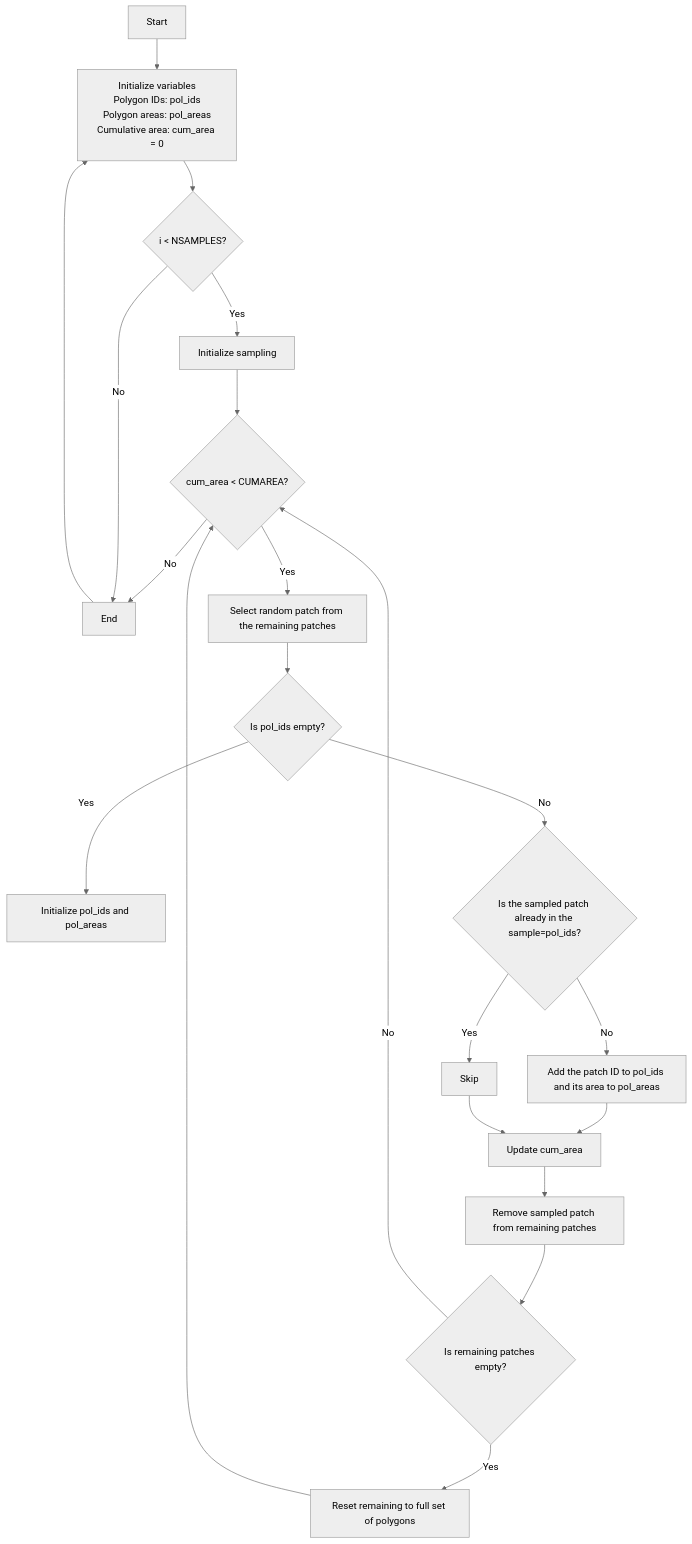
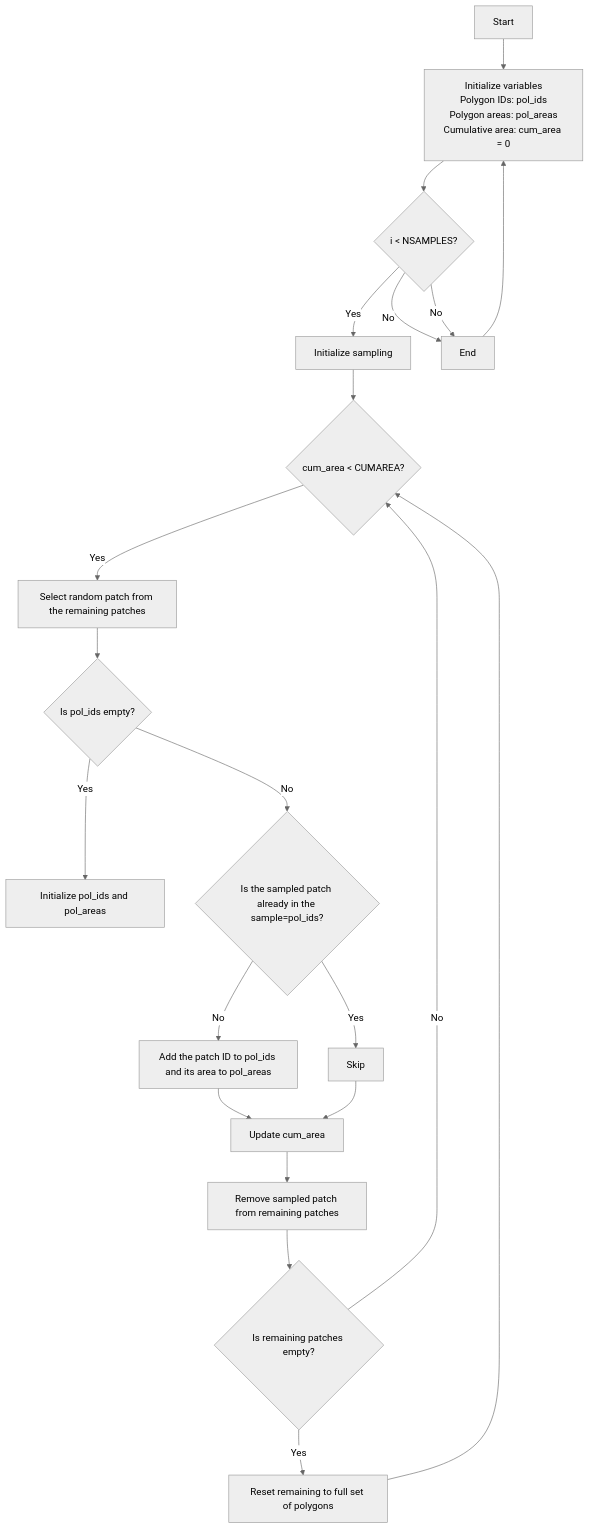
Before and after one commit to ManuelPopp/ZHConnect: the second of 2 diagrams in README.md, drawn with Mermaid (neutral theme).

````diff
--- a/README.md
+++ b/README.md
@@ -46,23 +46,23 @@
 ```mermaid
 flowchart TD
   A[Start] --> B[Initialize variables<br>Polygon IDs: pol_ids<br>Polygon areas: pol_areas<br>Cumulative area: cum_area = 0]
   B --> C{i < NSAMPLES?}
   C -- Yes --> D[Initialize sampling]
   D --> E{cum_area < CUMAREA?}
-  E -- No --> P[Increase i by 1]
+  C -- No --> P[Increase i by 1]
   P --> B
   E -- Yes --> F[Select random patch from the remaining patches]
   F --> G{Is pol_ids empty?}
   G -- Yes --> I[Initialize pol_ids and pol_areas]
   G -- No --> H{Is the sampled patch already in the sample=pol_ids?}
   H -- No --> J[Add the patch ID to pol_ids and its area to pol_areas]
   H -- Yes --> K[Skip]
   J --> L[Update cum_area]
   K --> L
   L --> M[Remove sampled patch from remaining patches]
   M --> N{Is remaining patches empty?}
   N -- Yes --> O[Reset remaining to full set of polygons]
   N -- No --> E
   O --> E
   C -- No --> P[End]
 ```
````
